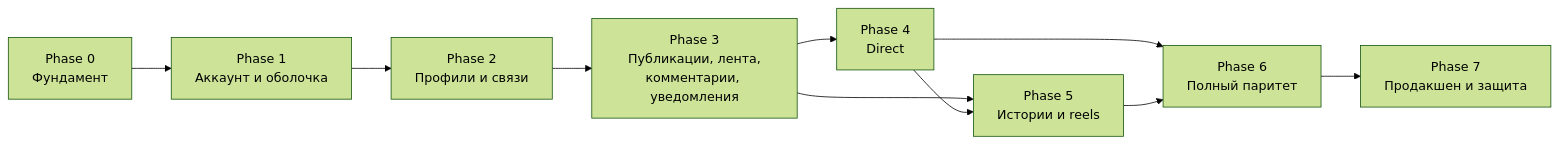
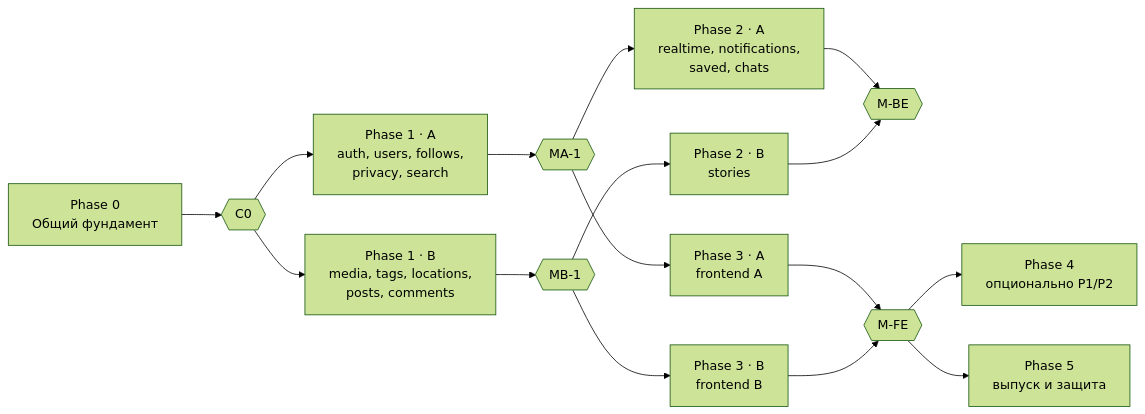
One commit to JM-2007-07/Instagram-Manishvar-Nekruz changed the diagram in docs/ROADMAP.md. Above: the diagram before and after it, drawn with Mermaid (forest theme). The commit also changed other lines of this file and 26 other files, not shown here.

````diff
--- a/docs/ROADMAP.md
+++ b/docs/ROADMAP.md
@@ -7,12 +6,18 @@
 ```mermaid
 flowchart LR
-    P0[Phase 0<br/>Фундамент] --> P1[Phase 1<br/>Аккаунт и оболочка]
-    P1 --> P2[Phase 2<br/>Профили и связи]
-    P2 --> P3[Phase 3<br/>Публикации, лента,<br/>комментарии, уведомления]
-    P3 --> P4[Phase 4<br/>Direct]
-    P3 --> P5[Phase 5<br/>Истории и reels]
-    P4 --> P5
-    P4 --> P6[Phase 6<br/>Полный паритет]
-    P5 --> P6
-    P6 --> P7[Phase 7<br/>Продакшен и защита]
+    P0[Phase 0<br/>Общий фундамент] --> C0{{C0}}
+    C0 --> P1A[Phase 1 · A<br/>auth, users, follows,<br/>privacy, search]
+    C0 --> P1B[Phase 1 · B<br/>media, tags, locations,<br/>posts, comments]
+    P1A --> MA1{{MA-1}}
+    P1B --> MB1{{MB-1}}
+    MA1 --> P2A[Phase 2 · A<br/>realtime, notifications,<br/>saved, chats]
+    MB1 --> P2B[Phase 2 · B<br/>stories]
+    MA1 --> P3A[Phase 3 · A<br/>frontend A]
+    MB1 --> P3B[Phase 3 · B<br/>frontend B]
+    P2A --> MBE{{M-BE}}
+    P2B --> MBE
+    P3A --> MFE{{M-FE}}
+    P3B --> MFE
+    MFE --> P4[Phase 4<br/>опционально P1/P2]
+    MFE --> P5[Phase 5<br/>выпуск и защита]
 ```
````
